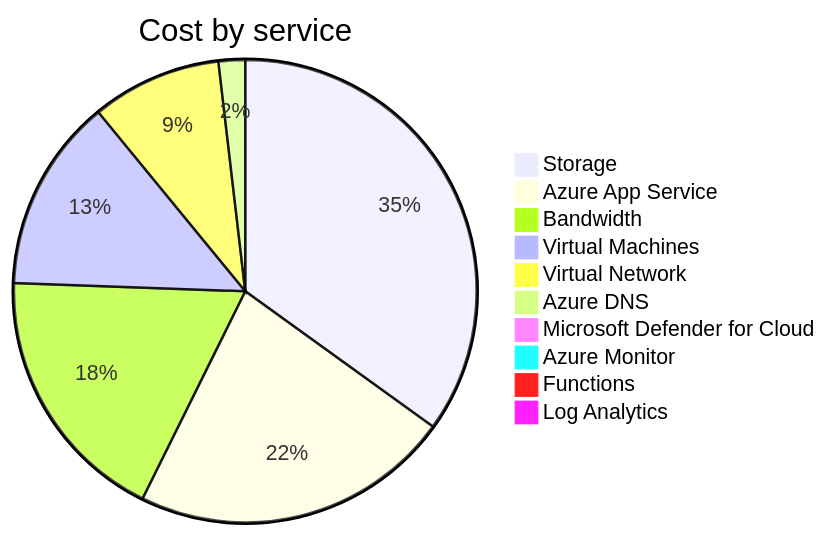
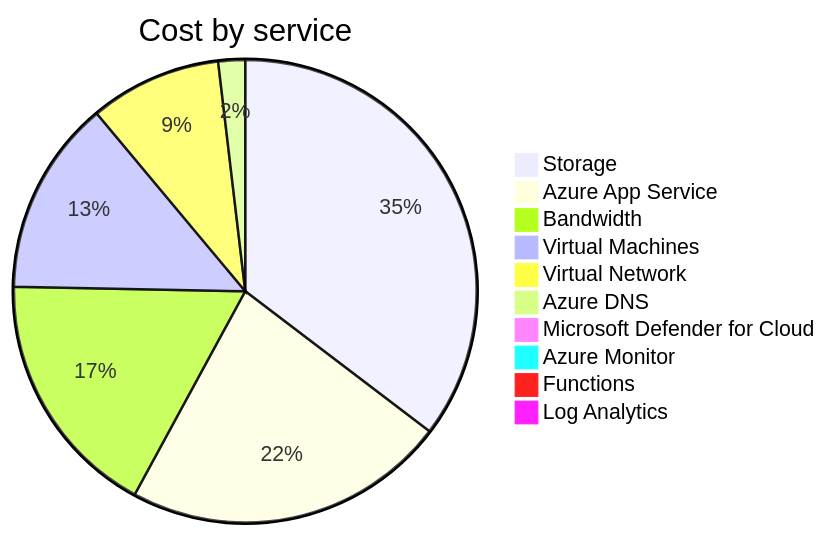
One commit to jpfulton/azure-personal-reports changed the second of 4 diagrams in cost-reports/accumulated-cost.md. Above: the diagram before and after it, drawn with Mermaid. The commit also changed other lines of this file and 4 other files, not shown here.

````diff
--- a/cost-reports/accumulated-cost.md
+++ b/cost-reports/accumulated-cost.md
@@ -100,14 +100,14 @@
 ```mermaid
 pie
    title Cost by service
-   "Storage" : 15.63
-   "Azure App Service" : 10.01
+   "Storage" : 16.59
+   "Azure App Service" : 10.60
    "Bandwidth" : 8.16
-   "Virtual Machines" : 6.04
-   "Virtual Network" : 4.06
-   "Azure DNS" : 0.83
-   "Microsoft Defender for Cloud" : 0.41
+   "Virtual Machines" : 6.39
+   "Virtual Network" : 4.32
+   "Azure DNS" : 0.88
+   "Microsoft Defender for Cloud" : 0.43
    "Azure Monitor" : 0.00
    "Functions" : 0.00
    "Log Analytics" : 0.00
 ```
````
